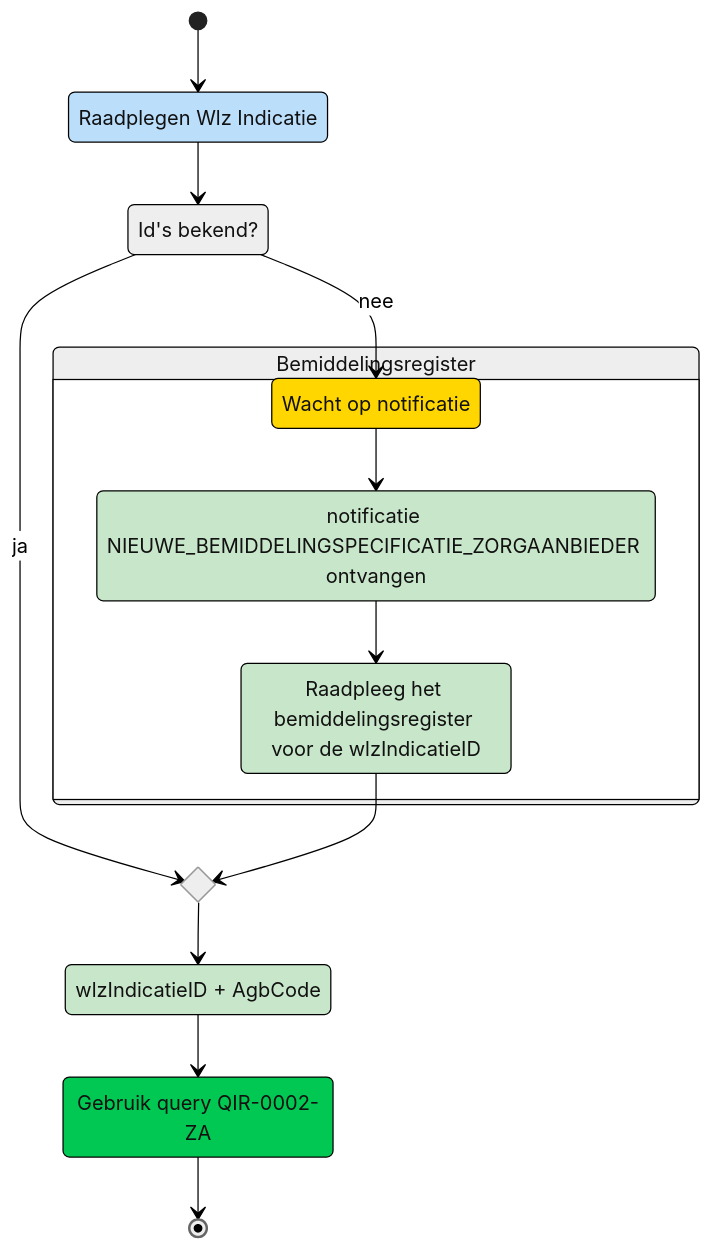
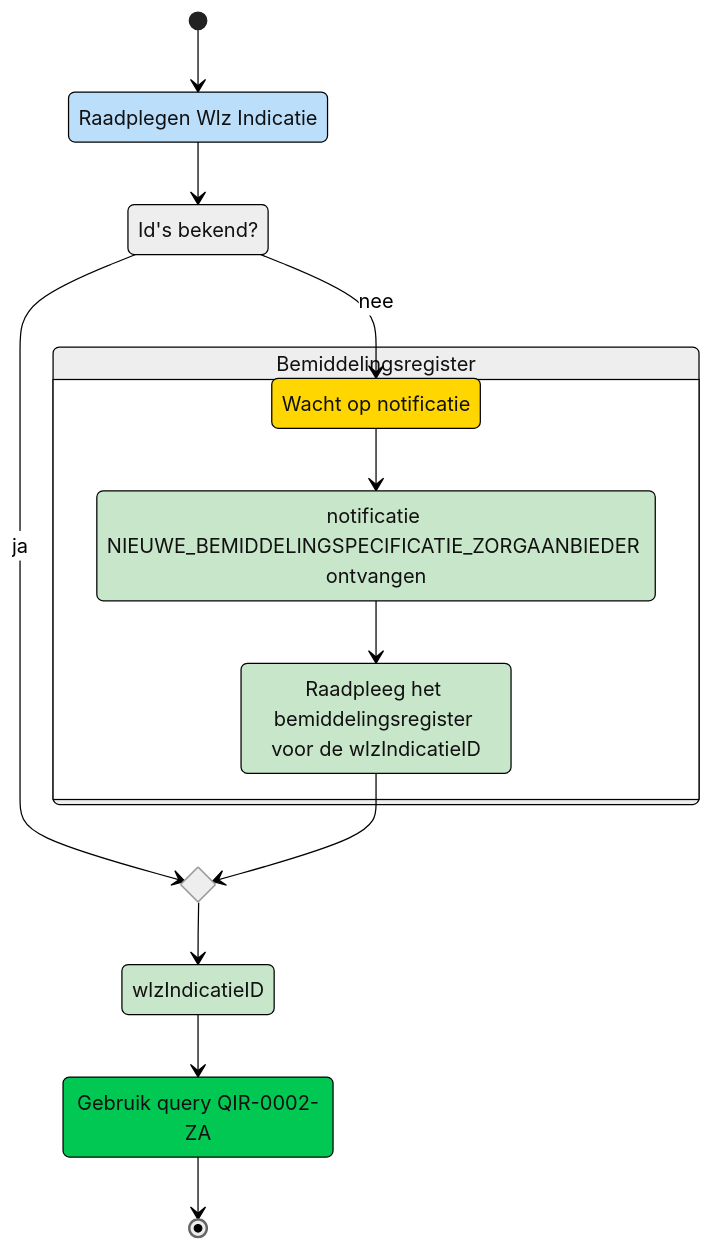
The diagram in gql-query/zorgaanbieder/README.md (iStandaarden/iWlz-indicatie), drawn with Mermaid before and after one commit. The commit also changed other lines of this file and 5 other files, not shown here.

````diff
--- a/gql-query/zorgaanbieder/README.md
+++ b/gql-query/zorgaanbieder/README.md
@@ -15,37 +15,37 @@
 ```mermaid
 ---
 config:
   theme: neutral
   look: classic
 ---
 stateDiagram
     [*] --> raadplegen
     state idAvailable <<choice>>
     
     raadplegen --> idAvailable
     idAvailable --> notifyWait: nee
     state register {
     notifyWait --> notifyReceive
     notifyReceive --> haalData
     }
     state chooseQuery <<choice>>
     idAvailable --> chooseQuery: ja
     haalData --> chooseQuery
     chooseQuery --> inputQuery
     inputQuery --> Query
     Query --> [*]
 
     raadplegen: Raadplegen Wlz Indicatie
     register: Bemiddelingsregister
     idAvailable: Id's bekend?
     notifyWait: Wacht op notificatie
     notifyReceive: notificatie NIEUWE_BEMIDDELINGSPECIFICATIE_ZORGAANBIEDER ontvangen
     haalData: Raadpleeg het bemiddelingsregister voor de wlzIndicatieID
-    inputQuery: wlzIndicatieID + AgbCode 
+    inputQuery: wlzIndicatieID 
     Query: Gebruik query QIR-0002-ZA
 
   style notifyWait fill:#FFD600
   style raadplegen fill:#BBDEFB,color:none
   style notifyReceive,haalData,inputQuery fill:#C8E6C9
   style Query fill:#00C853
 ```
````
